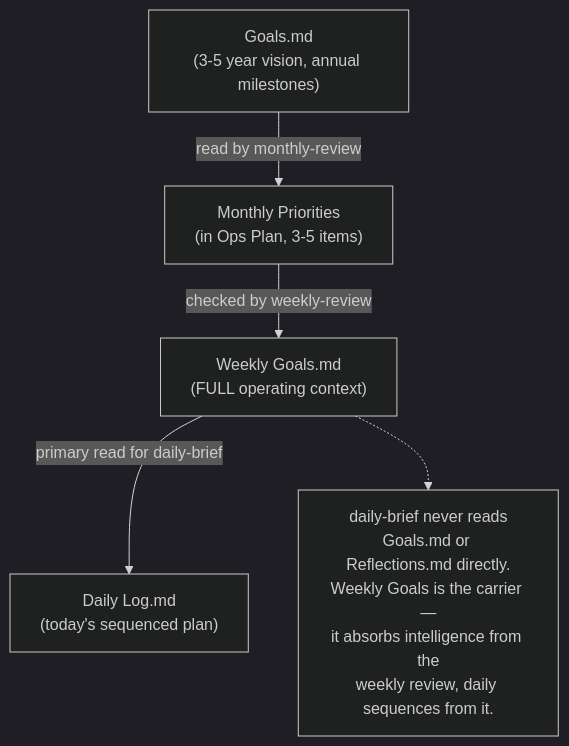
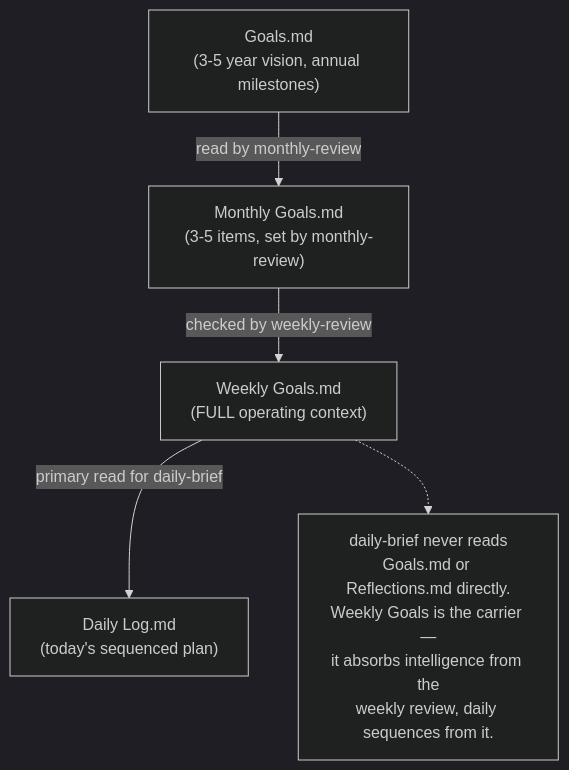
One commit to heymoosh/intently changed the second of 2 diagrams in docs/product/requirements/life-ops-plugin-spec.md. Above: the diagram before and after it, drawn with Mermaid (dark theme). The commit also changed other lines of this file, not shown here.

First line of the commit message:
feat(spec): separate Monthly Goals.md from Ops Plan

````diff
--- a/docs/product/requirements/life-ops-plugin-spec.md
+++ b/docs/product/requirements/life-ops-plugin-spec.md
@@ -168,19 +167,19 @@
 ```mermaid
 flowchart TD
     Goals["Goals.md<br/>(3-5 year vision, annual milestones)"]
-    MonthlyP["Monthly Priorities<br/>(in Ops Plan, 3-5 items)"]
+    MonthlyP["Monthly Goals.md<br/>(3-5 items, set by monthly-review)"]
     WeeklyG["Weekly Goals.md<br/>(FULL operating context)"]
     Daily["Daily Log.md<br/>(today's sequenced plan)"]
 
     Goals -->|read by monthly-review| MonthlyP
     MonthlyP -->|checked by weekly-review| WeeklyG
     WeeklyG -->|primary read for daily-brief| Daily
 
     Note["`daily-brief never reads
     Goals.md or Reflections.md directly.
     Weekly Goals is the carrier —
     it absorbs intelligence from the
     weekly review, daily sequences from it.`"]
 
     WeeklyG -.-> Note
 ```
````
